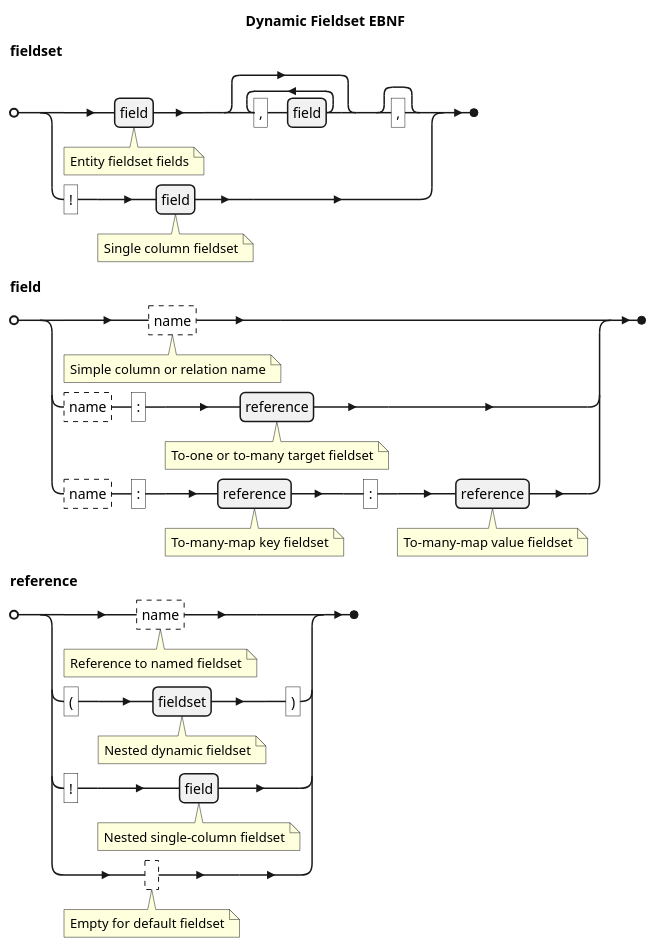
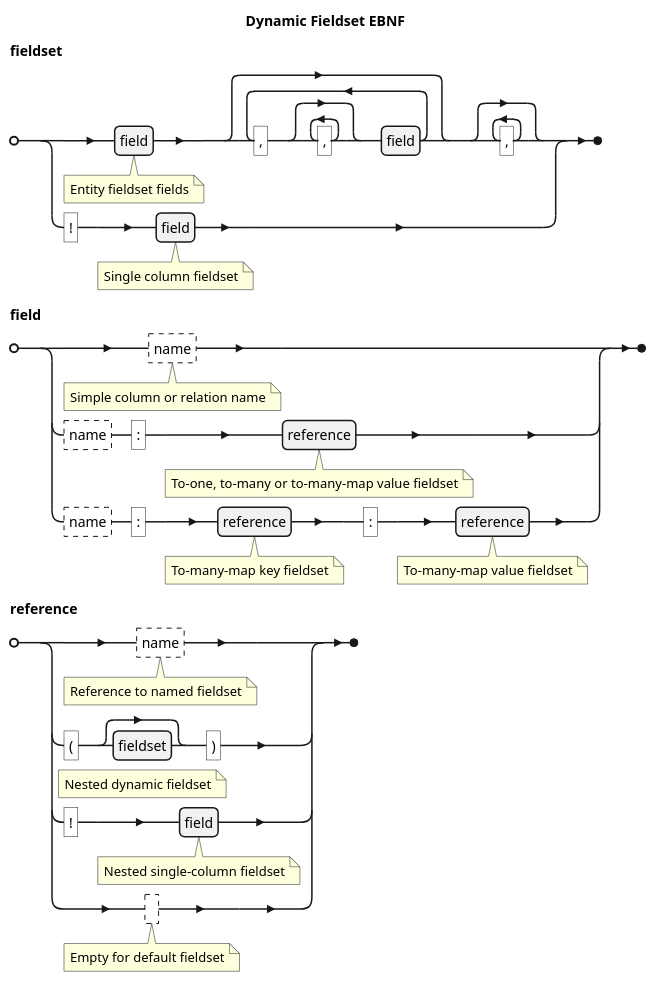
Before and after one commit to wer-denkt-was/kiwi-framework: the first of 4 diagrams in docs/08-advanced.md, drawn with PlantUML. The commit also changed other lines of this file and 274 other files, not shown here.

````diff
--- a/docs/08-advanced.md
+++ b/docs/08-advanced.md
@@ -90,20 +271,20 @@
 ```plantuml
 @startebnf
 title Dynamic Fieldset EBNF
 
-fieldset = (field (*Entity fieldset fields*), { ",", field }, [","])
+fieldset = (field (*Entity fieldset fields*), { ",", { "," }, field }, { "," })
  | ("!", field (*Single column fieldset*))
  ;
 
 field = (?name? (*Simple column or relation name*))
- | (?name?, ":", reference (*To-one or to-many target fieldset*))
+ | (?name?, ":", reference (*To-one, to-many or to-many-map value fieldset*))
  | (?name?, ":", reference (*To-many-map key fieldset*), ":", reference (*To-many-map value fieldset*))
  ;
 
 reference = (?name? (*Reference to named fieldset*))
- | ("(", fieldset (*Nested dynamic fieldset*), ")")
+ | ("(", [fieldset] (*Nested dynamic fieldset*), ")")
  | ("!", field (*Nested single-column fieldset*))
  | (? ? (*Empty for default fieldset*))
  ;
 @endebnf
 ```
````
